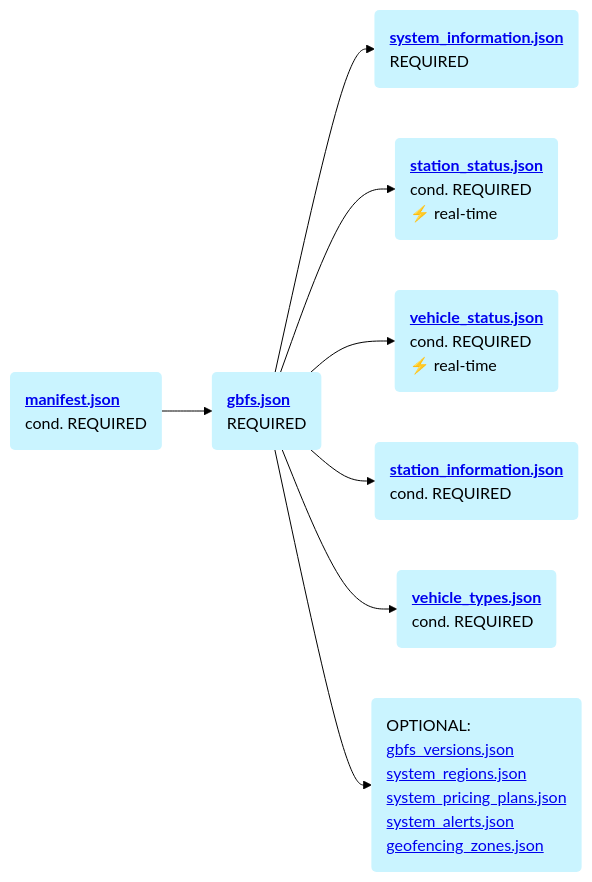
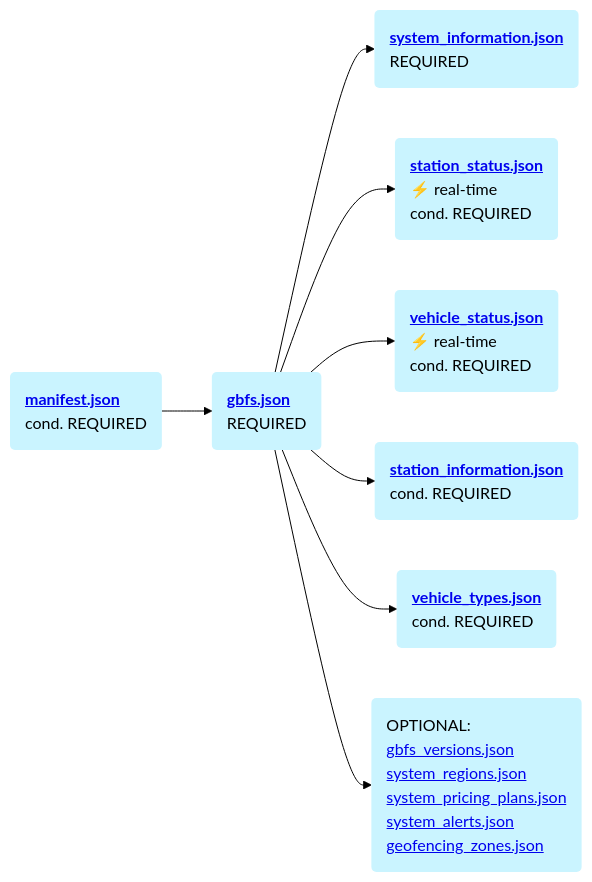
The third of 4 diagrams in docs/en/get-started.md (MobilityData/gbfs.org), drawn with Mermaid (forest theme) before and after one commit. The commit also changed other lines of this file, not shown here.

Commit message:
Add links to generator diagram + GBFS structure diagram edit

````diff
--- a/docs/en/get-started.md
+++ b/docs/en/get-started.md
@@ -98,28 +98,28 @@
 ```mermaid
 flowchart LR
   classDef blue fill:#CAF4FF,stroke-width:0px,text-align:left;
 
   A(<b><a href="../../documentation/reference/#manifestjson">manifest.json</a></b>
   cond. REQUIRED) --> B(<b><a href="../../documentation/reference/#gbfsjson">gbfs.json</a></b>
   REQUIRED)
   B --> C(<b><a href="../../documentation/reference/#system_informationjson">system_information.json</a></b>
   REQUIRED)
   B --> D(<b><a href="../../documentation/reference/#station_statusjson">station_status.json</a></b>
-  cond. REQUIRED
-  ⚡️ real-time)
+  ⚡️ real-time
+  cond. REQUIRED)
   B --> E(<b><a href="../../documentation/reference/#vehicle_statusjson">vehicle_status.json</a></b>
-  cond. REQUIRED
-  ⚡️ real-time)
+  ⚡️ real-time
+  cond. REQUIRED)
   B --> F(<b><a href="../../documentation/reference/#station_informationjson">station_information.json</a></b>
   cond. REQUIRED)
   B --> G(<b><a href="../../documentation/reference/#vehicle_typesjson">vehicle_types.json</a></b>
   cond. REQUIRED)
   B --> H(OPTIONAL:
   <a href="../../documentation/reference/#gbfs_versionsjson">gbfs_versions.json</a>
   <a href="../../documentation/reference/#system_regionsjson">system_regions.json</a>
   <a href="../../documentation/reference/#system_pricing_plansjson">system_pricing_plans.json</a>
   <a href="../../documentation/reference/#system_alertsjson">system_alerts.json</a>
   <a href="../../documentation/reference/#geofencing_zonesjson">geofencing_zones.json</a>)
 
   class A,B,C,D,E,F,G,H blue
 ```
````
